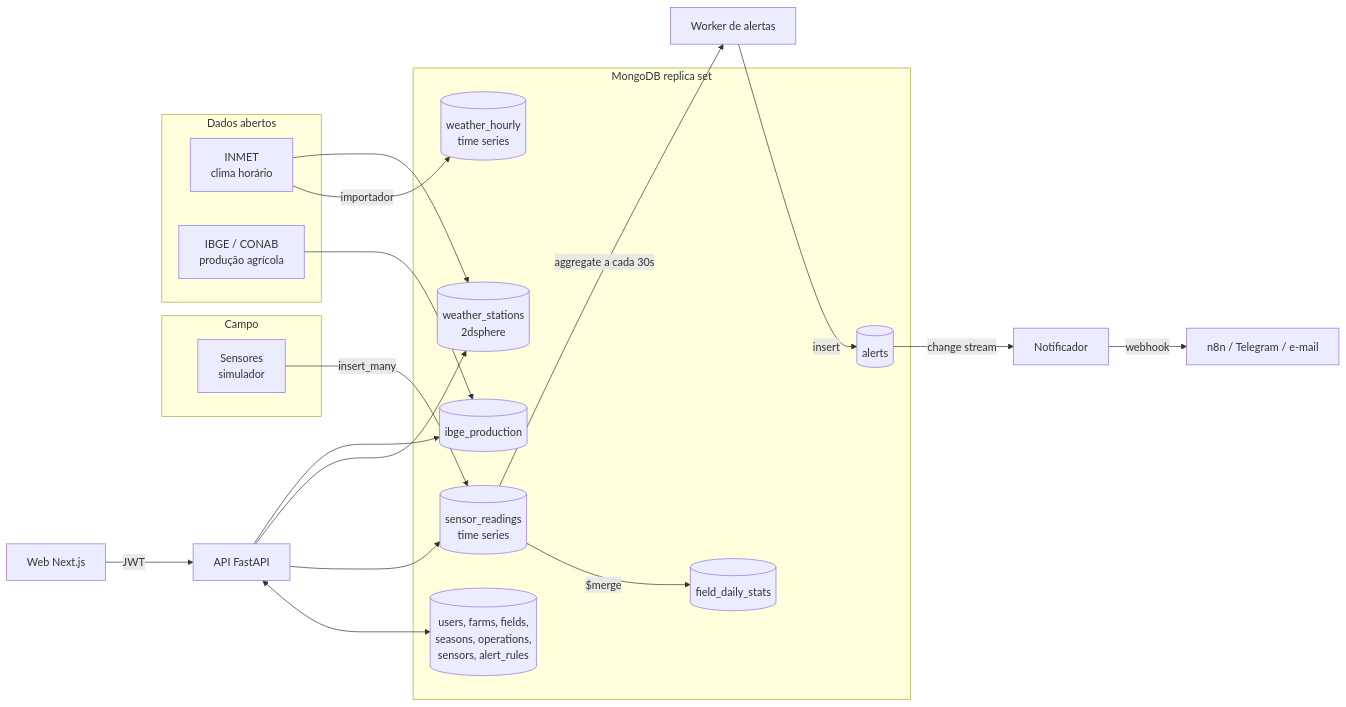
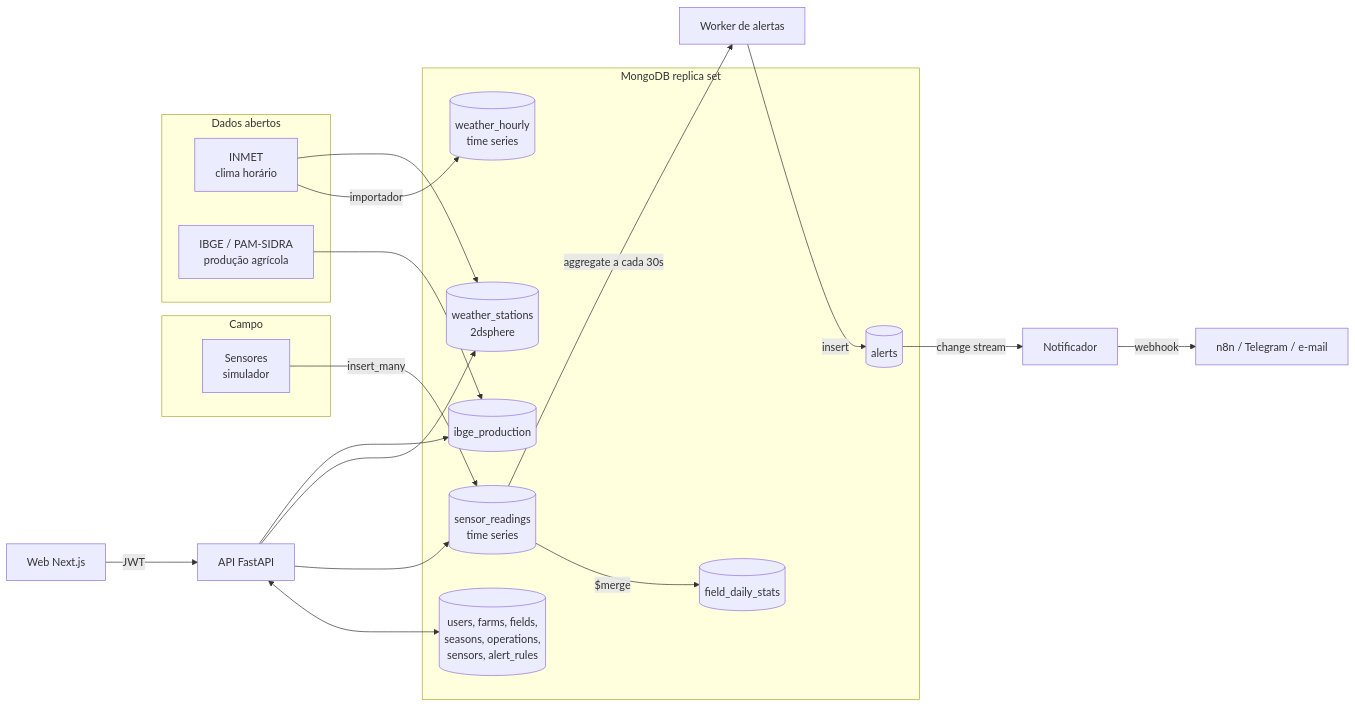
One commit to Vitor-Studzieski/AgroPulse changed the diagram in docs/ARQUITETURA.md. Above: the diagram before and after it, drawn with Mermaid.

Commit message:
docs: clarify agricultural data source

````diff
--- a/docs/ARQUITETURA.md
+++ b/docs/ARQUITETURA.md
@@ -5,37 +5,37 @@
 ```mermaid
 flowchart LR
     subgraph Campo
         S[Sensores<br/>simulador]
     end
     subgraph Dados abertos
         I[INMET<br/>clima horário]
-        G[IBGE / CONAB<br/>produção agrícola]
+        G[IBGE / PAM-SIDRA<br/>produção agrícola]
     end
 
     S -->|insert_many| TS[(sensor_readings<br/>time series)]
     I -->|importador| WH[(weather_hourly<br/>time series)]
     I --> WS[(weather_stations<br/>2dsphere)]
     G --> IP[(ibge_production)]
 
     TS -->|$merge| DS[(field_daily_stats)]
     TS -->|aggregate a cada 30s| AL[Worker de alertas]
     AL -->|insert| A[(alerts)]
     A -->|change stream| N[Notificador]
     N -->|webhook| X[n8n / Telegram / e-mail]
 
     subgraph MongoDB replica set
         TS
         WH
         WS
         IP
         DS
         A
         C[(users, farms, fields,<br/>seasons, operations,<br/>sensors, alert_rules)]
     end
 
     API[API FastAPI] <--> C
     API --> TS
     API --> WS
     API --> IP
     WEB[Web Next.js] -->|JWT| API
 ```
````
